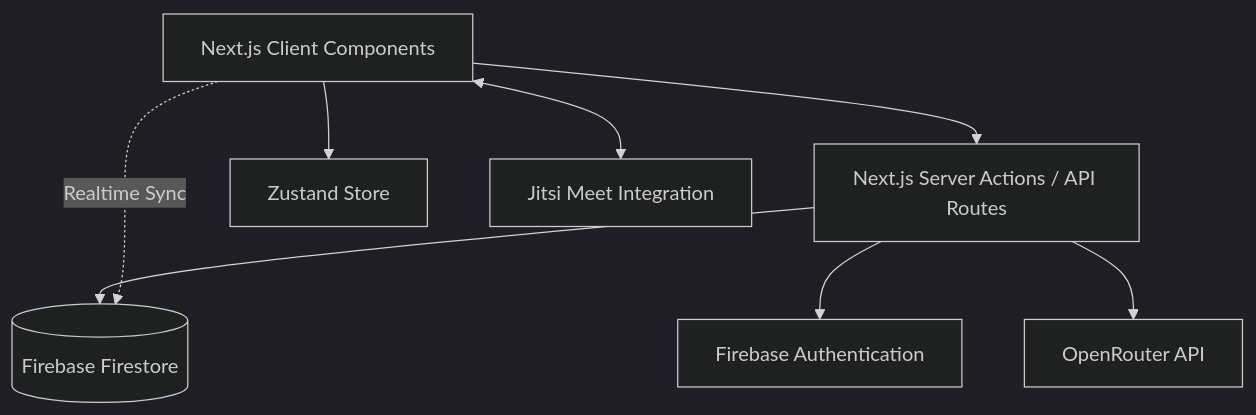
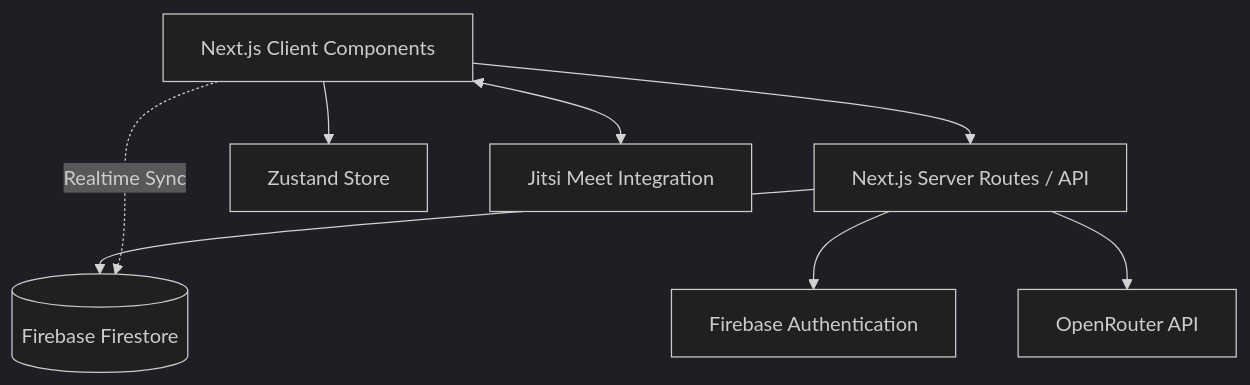
Before and after one commit to JSR2406/Skills-Bridge-: the diagram in PROJECT_OVERVIEW.md, drawn with Mermaid (dark theme). The commit also changed other lines of this file and 127 other files, not shown here.

````diff
--- a/PROJECT_OVERVIEW.md
+++ b/PROJECT_OVERVIEW.md
@@ -25,10 +31,10 @@
 ```mermaid
 graph TD
-    Client[Next.js Client Components] --> Server[Next.js Server Actions / API Routes]
+    Client[Next.js Client Components] --> Server[Next.js Server Routes / API]
     Client --> GlobalState[Zustand Store]
     Server --> DB[(Firebase Firestore)]
     Server --> Auth[Firebase Authentication]
     Server --> AI[OpenRouter API]
     Client -. Realtime Sync .-> DB
     Client <--> WebRTC[Jitsi Meet Integration]
 ```
````
